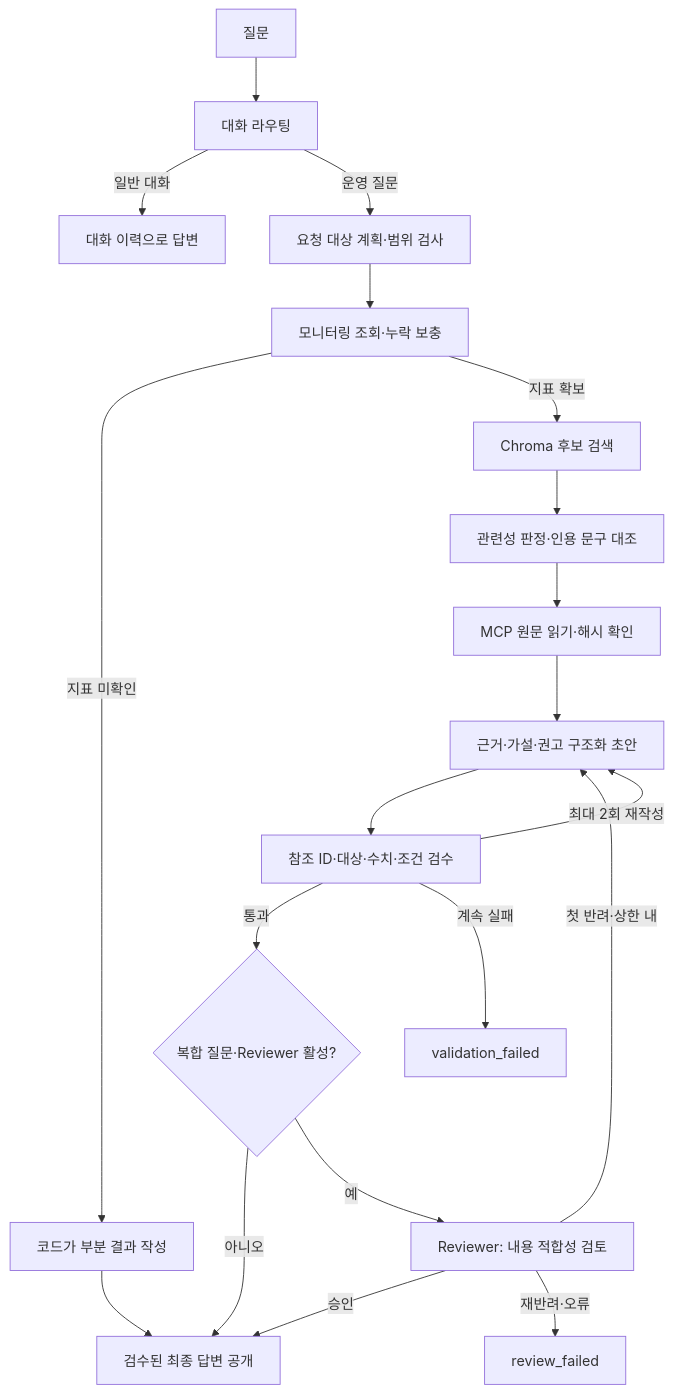
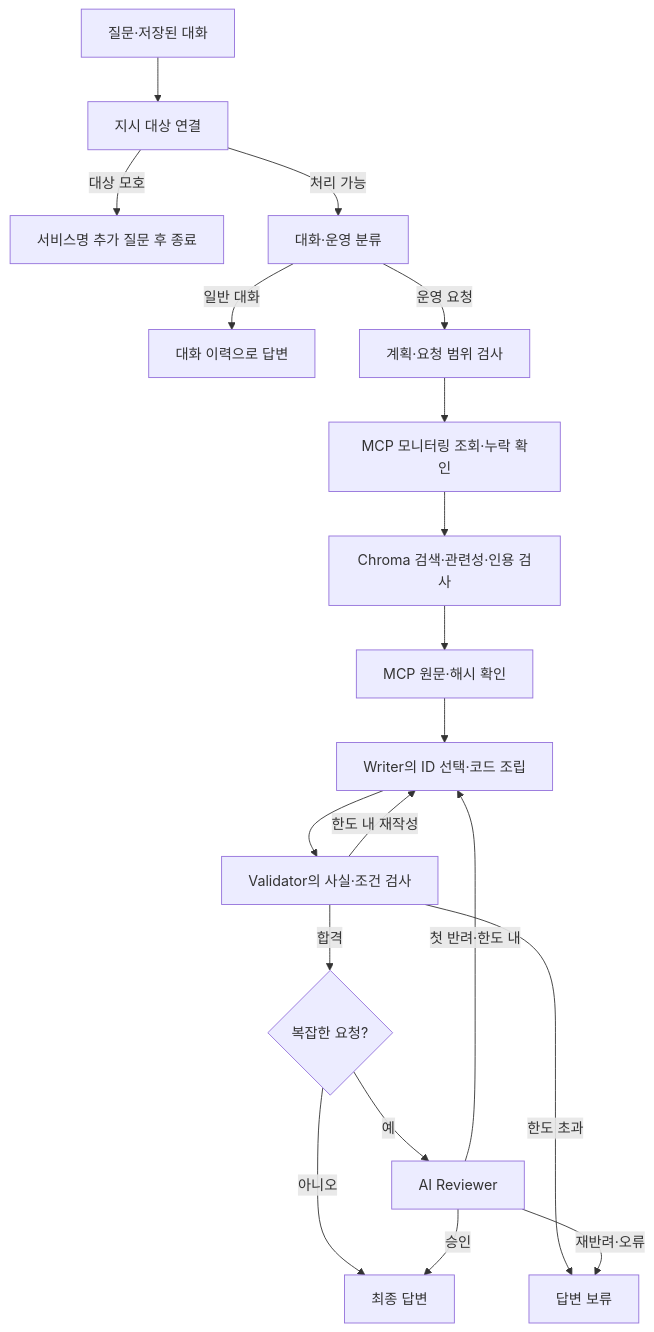
One commit to jeonginlee09-cpu/skala-ai-mini_project changed the diagram in README.md. Above: the diagram before and after it, drawn with Mermaid. The commit also changed other lines of this file and 22 other files, not shown here.

````diff
--- a/README.md
+++ b/README.md
@@ -65,22 +52,21 @@
 ```mermaid
 flowchart TD
-    A[질문] --> B[대화 라우팅]
-    B -->|일반 대화| C[대화 이력으로 답변]
-    B -->|운영 질문| D[요청 대상 계획·범위 검사]
-    D --> E[모니터링 조회·누락 보충]
-    E -->|지표 미확인| P[코드가 부분 결과 작성]
-    E -->|지표 확보| F[Chroma 후보 검색]
-    F --> G[관련성 판정·인용 문구 대조]
-    G --> H[MCP 원문 읽기·해시 확인]
-    H --> I[근거·가설·권고 구조화 초안]
-    I --> J[참조 ID·대상·수치·조건 검수]
-    J -->|통과| M{복합 질문·Reviewer 활성?}
-    M -->|아니오| K[검수된 최종 답변 공개]
-    M -->|예| N[Reviewer: 내용 적합성 검토]
-    N -->|승인| K
-    N -->|첫 반려·상한 내| I
-    N -->|재반려·오류| O[review_failed]
-    J -->|최대 2회 재작성| I
-    J -->|계속 실패| L[validation_failed]
-    P --> K
+    A[질문·저장된 대화] --> B[지시 대상 연결]
+    B -->|대상 모호| C[서비스명 추가 질문 후 종료]
+    B -->|처리 가능| D[대화·운영 분류]
+    D -->|일반 대화| E[대화 이력으로 답변]
+    D -->|운영 요청| F[계획·요청 범위 검사]
+    F --> G[MCP 모니터링 조회·누락 확인]
+    G --> H[Chroma 검색·관련성·인용 검사]
+    H --> I[MCP 원문·해시 확인]
+    I --> J[Writer의 ID 선택·코드 조립]
+    J --> K[Validator의 사실·조건 검사]
+    K -->|합격| L{복잡한 요청?}
+    K -->|한도 내 재작성| J
+    K -->|한도 초과| O[답변 보류]
+    L -->|아니오| N[최종 답변]
+    L -->|예| M[AI Reviewer]
+    M -->|승인| N
+    M -->|첫 반려·한도 내| J
+    M -->|재반려·오류| O
 ```
````
